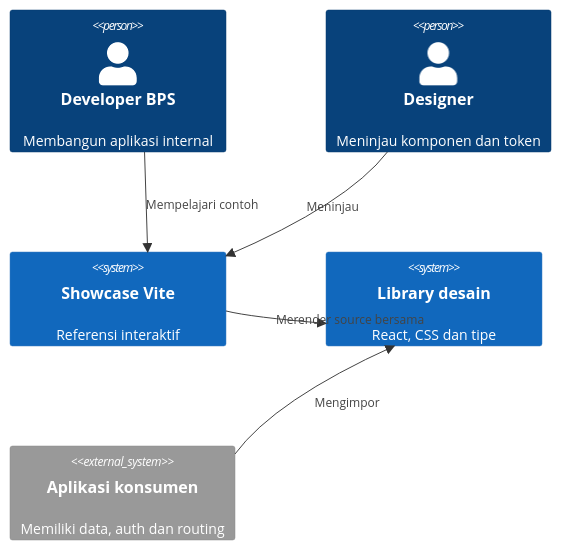
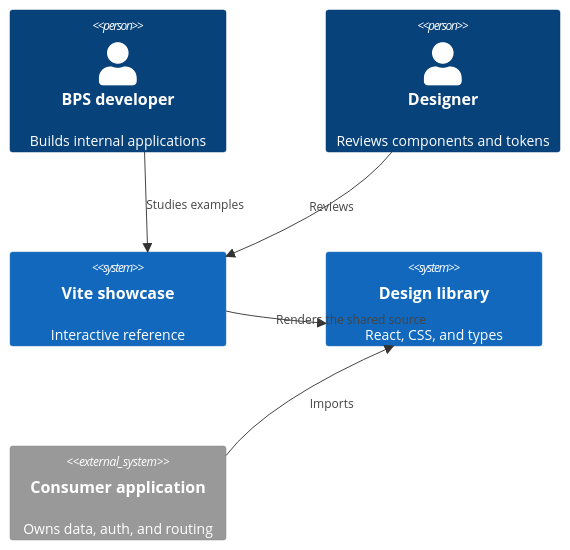
One commit to bpsprovkaltara/design-system changed the first of 3 diagrams in docs/architecture.md. Above: the diagram before and after it, drawn with Mermaid. The commit also changed other lines of this file and 10 other files, not shown here.

````diff
--- a/docs/architecture.md
+++ b/docs/architecture.md
@@ -13,12 +13,12 @@
 ```mermaid
 C4Context
-  Person(dev, "Developer BPS", "Membangun aplikasi internal")
-  Person(designer, "Designer", "Meninjau komponen dan token")
-  System(showcase, "Showcase Vite", "Referensi interaktif")
-  System(ds, "Library desain", "React, CSS dan tipe")
-  System_Ext(app, "Aplikasi konsumen", "Memiliki data, auth dan routing")
-  Rel(dev, showcase, "Mempelajari contoh")
-  Rel(designer, showcase, "Meninjau")
-  Rel(app, ds, "Mengimpor")
-  Rel(showcase, ds, "Merender source bersama")
+  Person(dev, "BPS developer", "Builds internal applications")
+  Person(designer, "Designer", "Reviews components and tokens")
+  System(showcase, "Vite showcase", "Interactive reference")
+  System(ds, "Design library", "React, CSS, and types")
+  System_Ext(app, "Consumer application", "Owns data, auth, and routing")
+  Rel(dev, showcase, "Studies examples")
+  Rel(designer, showcase, "Reviews")
+  Rel(app, ds, "Imports")
+  Rel(showcase, ds, "Renders the shared source")
 ```
````
